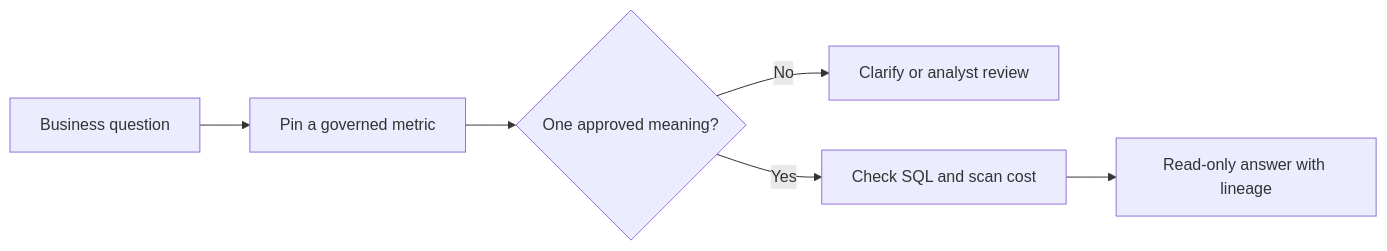
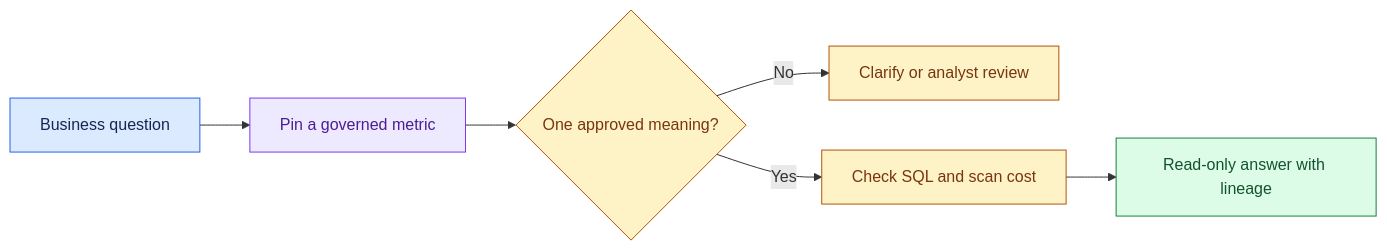
The diagram in site/case-pages/nl-over-governed-data/introduction.md (Sourav692/Forward-Deployed-Engineer-Interview-Prep), drawn with Mermaid before and after one commit. The commit also changed other lines of this file and 1268 other files, not shown here.

First line of the commit message:
content: polish Casebook writing and Mermaid diagrams (#251)

````diff
--- a/site/case-pages/nl-over-governed-data/introduction.md
+++ b/site/case-pages/nl-over-governed-data/introduction.md
@@ -15,8 +20,18 @@
 ```mermaid
 flowchart LR
   A[Business question] --> B[Pin a governed metric]
   B --> C{One approved meaning?}
   C -->|No| D[Clarify or analyst review]
   C -->|Yes| E[Check SQL and scan cost]
   E --> F[Read-only answer with lineage]
+
+    %% Casebook colours: entry, reasoning, results, controls, and stopped paths.
+    classDef cbInput fill:#dbeafe,stroke:#2563eb,color:#172554
+    class A cbInput
+    classDef cbReason fill:#ede9fe,stroke:#7c3aed,color:#4c1d95
+    class B cbReason
+    classDef cbPolicy fill:#fef3c7,stroke:#b45309,color:#78350f
+    class C,D,E cbPolicy
+    classDef cbAction fill:#dcfce7,stroke:#15803d,color:#14532d
+    class F cbAction
 ```
````
